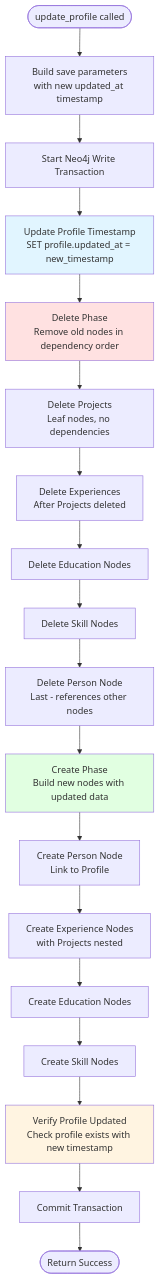
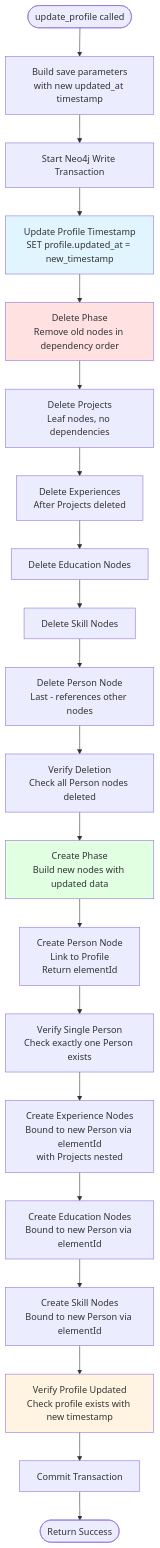
Before and after one commit to cocodedk/cv-generator: the diagram in docs/backend/profile-update-flow.md, drawn with Mermaid. The commit also changed other lines of this file and 74 other files, not shown here.

````diff
--- a/docs/backend/profile-update-flow.md
+++ b/docs/backend/profile-update-flow.md
@@ -9,31 +9,33 @@
 ```mermaid
 flowchart TD
     Start([update_profile called]) --> BuildParams[Build save parameters<br/>with new updated_at timestamp]
     BuildParams --> StartTx[Start Neo4j Write Transaction]
 
     StartTx --> UpdateTimestamp[Update Profile Timestamp<br/>SET profile.updated_at = new_timestamp]
 
     UpdateTimestamp --> DeletePhase[Delete Phase<br/>Remove old nodes in dependency order]
 
     DeletePhase --> DeleteProjects[Delete Projects<br/>Leaf nodes, no dependencies]
     DeleteProjects --> DeleteExperiences[Delete Experiences<br/>After Projects deleted]
     DeleteExperiences --> DeleteEducation[Delete Education Nodes]
     DeleteEducation --> DeleteSkills[Delete Skill Nodes]
     DeleteSkills --> DeletePerson[Delete Person Node<br/>Last - references other nodes]
 
-    DeletePerson --> CreatePhase[Create Phase<br/>Build new nodes with updated data]
+    DeletePerson --> VerifyDeletion[Verify Deletion<br/>Check all Person nodes deleted]
+    VerifyDeletion --> CreatePhase[Create Phase<br/>Build new nodes with updated data]
 
-    CreatePhase --> CreatePerson[Create Person Node<br/>Link to Profile]
-    CreatePerson --> CreateExperiences[Create Experience Nodes<br/>with Projects nested]
-    CreateExperiences --> CreateEducation[Create Education Nodes]
-    CreateEducation --> CreateSkills[Create Skill Nodes]
+    CreatePhase --> CreatePerson[Create Person Node<br/>Link to Profile<br/>Return elementId]
+    CreatePerson --> VerifyPerson[Verify Single Person<br/>Check exactly one Person exists]
+    VerifyPerson --> CreateExperiences[Create Experience Nodes<br/>Bound to new Person via elementId<br/>with Projects nested]
+    CreateExperiences --> CreateEducation[Create Education Nodes<br/>Bound to new Person via elementId]
+    CreateEducation --> CreateSkills[Create Skill Nodes<br/>Bound to new Person via elementId]
 
     CreateSkills --> Verify[Verify Profile Updated<br/>Check profile exists with new timestamp]
     Verify --> CommitTx[Commit Transaction]
     CommitTx --> End([Return Success])
 
     style UpdateTimestamp fill:#e1f5ff
     style DeletePhase fill:#ffe1e1
     style CreatePhase fill:#e1ffe1
     style Verify fill:#fff4e1
 ```
````
